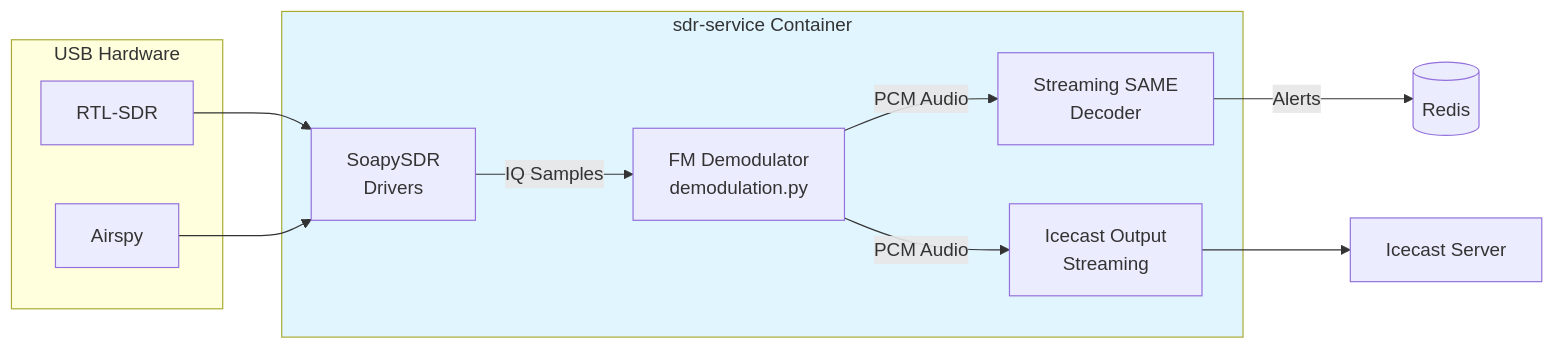
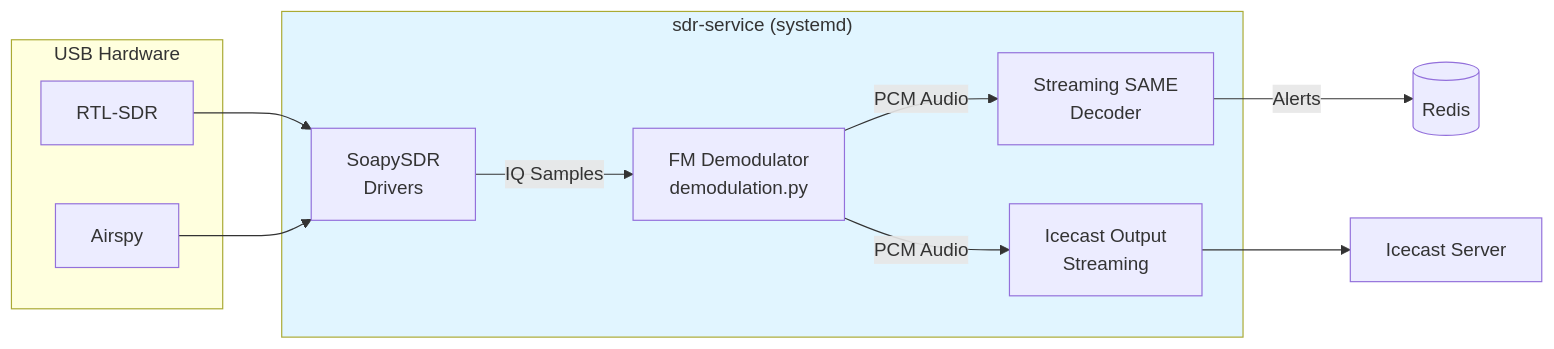
One commit to chelstein/eas-station changed the sixth of 7 diagrams in docs/architecture/THEORY_OF_OPERATION.md. Above: the diagram before and after it, drawn with Mermaid. The commit also changed other lines of this file and 1 other file, not shown here.

Commit message:
Update remaining docs: container → service/systemd terminology

````diff
--- a/docs/architecture/THEORY_OF_OPERATION.md
+++ b/docs/architecture/THEORY_OF_OPERATION.md
@@ -259,24 +259,24 @@
 ```mermaid
 flowchart LR
-    subgraph sdr-service["sdr-service Container"]
+    subgraph sdr-service["sdr-service (systemd)"]
         SDR[SoapySDR<br/>Drivers]
         DEMOD[FM Demodulator<br/>demodulation.py]
         DECODE[Streaming SAME<br/>Decoder]
         ICEOUT[Icecast Output<br/>Streaming]
     end
     
     subgraph Hardware["USB Hardware"]
         RTL[RTL-SDR]
         AIR[Airspy]
     end
     
     RTL --> SDR
     AIR --> SDR
     SDR -->|IQ Samples| DEMOD
     DEMOD -->|PCM Audio| DECODE
     DEMOD -->|PCM Audio| ICEOUT
     DECODE -->|Alerts| REDIS[(Redis)]
     ICEOUT --> ICECAST[Icecast Server]
     
     style sdr-service fill:#e1f5ff
 ```
````
